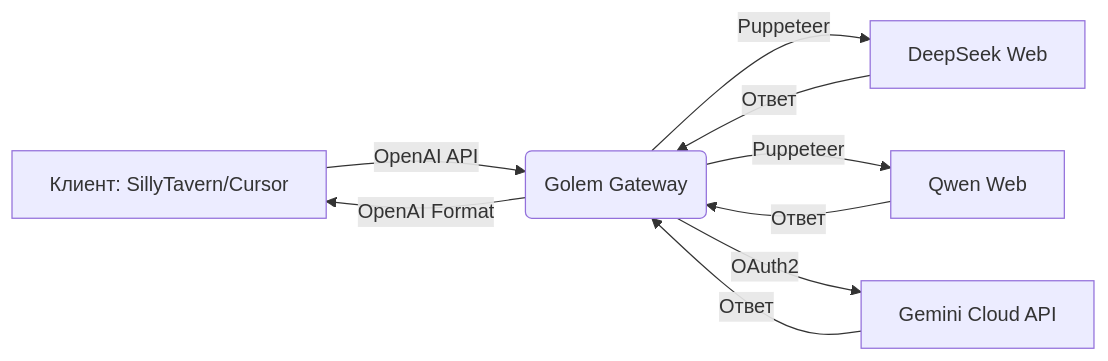
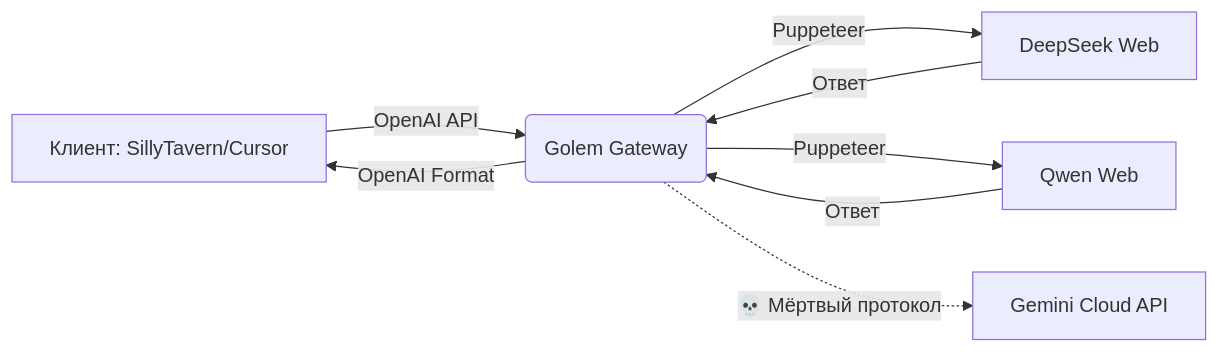
The diagram in README.md (GrishaDeLumiere/golem-gateway), drawn with Mermaid before and after one commit. The commit also changed other lines of this file and 14 other files, not shown here.

````diff
--- a/README.md
+++ b/README.md
@@ -47,8 +47,8 @@
 ```mermaid
 graph LR
  A[Клиент: SillyTavern/Cursor] -->|OpenAI API | B(Golem Gateway)
  B -->|Puppeteer| C[DeepSeek Web]
  B -->|Puppeteer| D[Qwen Web]
- B -->|OAuth2| E[Gemini Cloud API]
- C & D & E -->|Ответ| B -->|OpenAI Format| A
+ B -.->|💀 Мёртвый протокол| E[Gemini Cloud API]
+ C & D -->|Ответ| B -->|OpenAI Format| A
 ```
````
